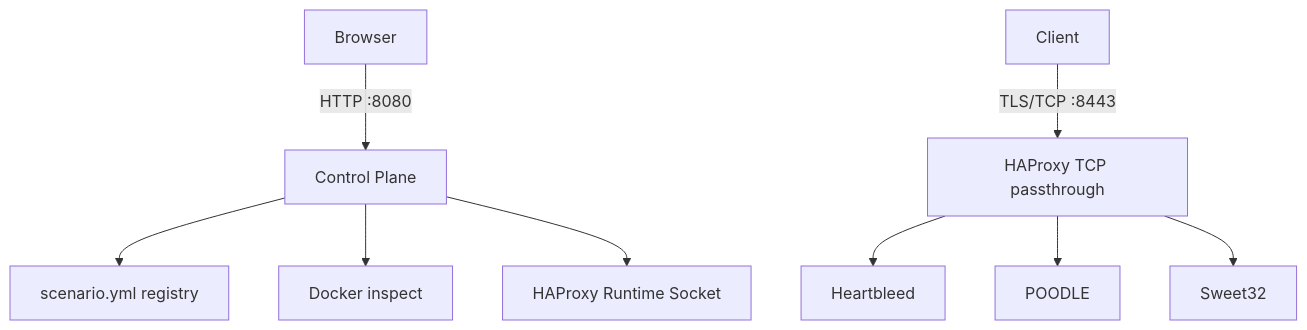
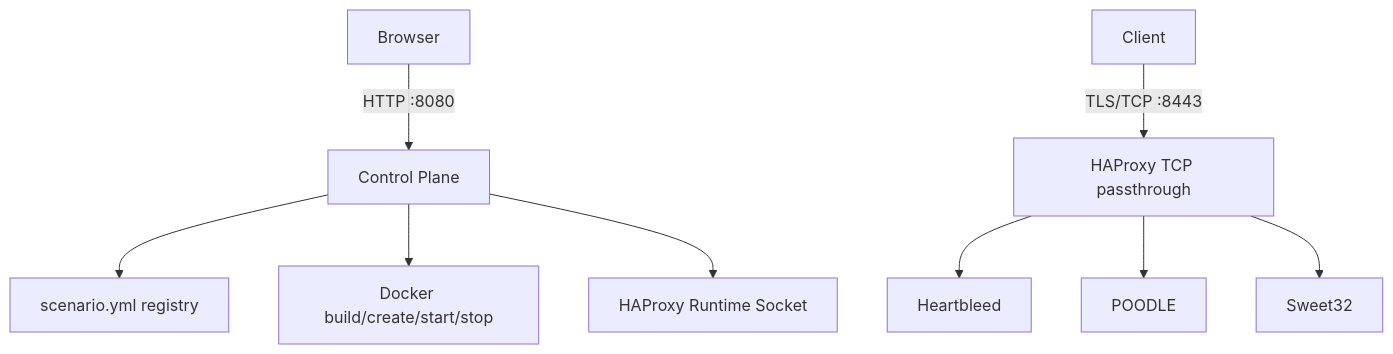
Before and after one commit to rookiezzzww/AutoConfig_crypto_lab: the diagram in README.md, drawn with Mermaid. The commit also changed other lines of this file and 30 other files, not shown here.

````diff
--- a/README.md
+++ b/README.md
@@ -7,11 +7,11 @@
 ```mermaid
 flowchart TB
   Browser -->|HTTP :8080| CP[Control Plane]
   CP --> Registry[scenario.yml registry]
-  CP --> Docker[Docker inspect]
+  CP --> Docker[Docker build/create/start/stop]
   CP --> Socket[HAProxy Runtime Socket]
   Client -->|TLS/TCP :8443| HA[HAProxy TCP passthrough]
   HA --> H[Heartbleed]
   HA --> P[POODLE]
   HA --> S[Sweet32]
 ```
````
